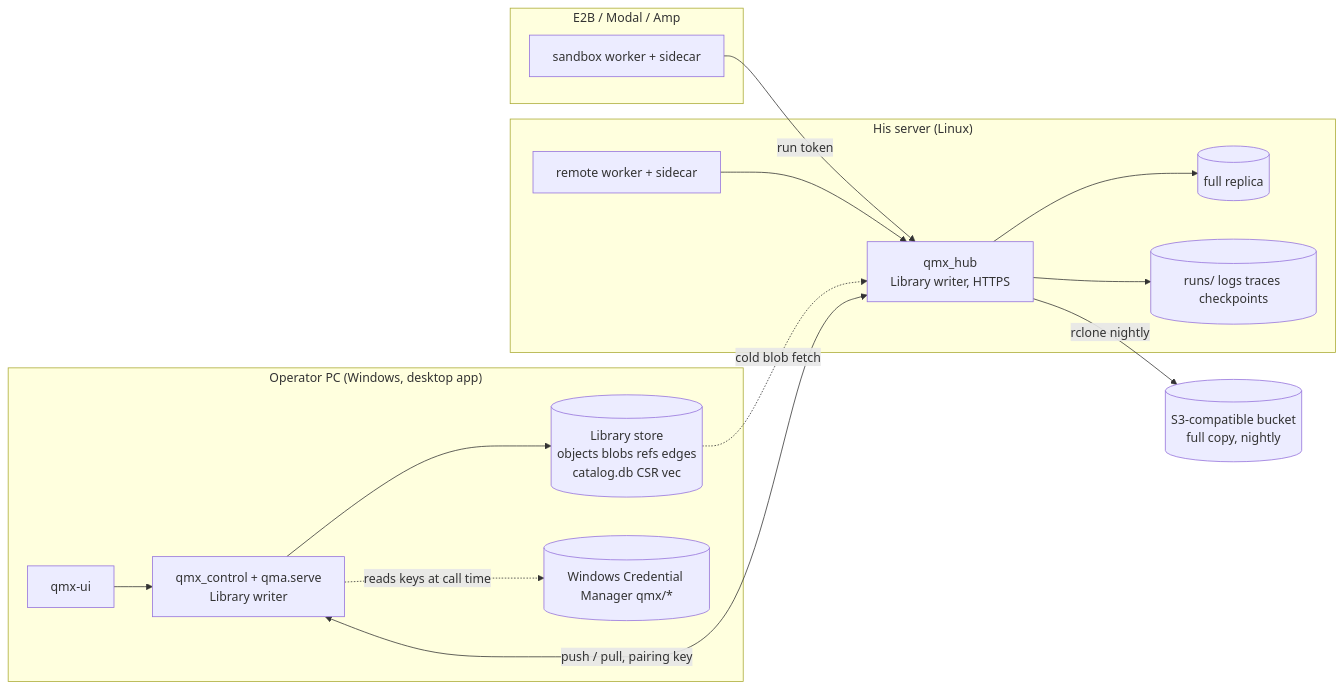
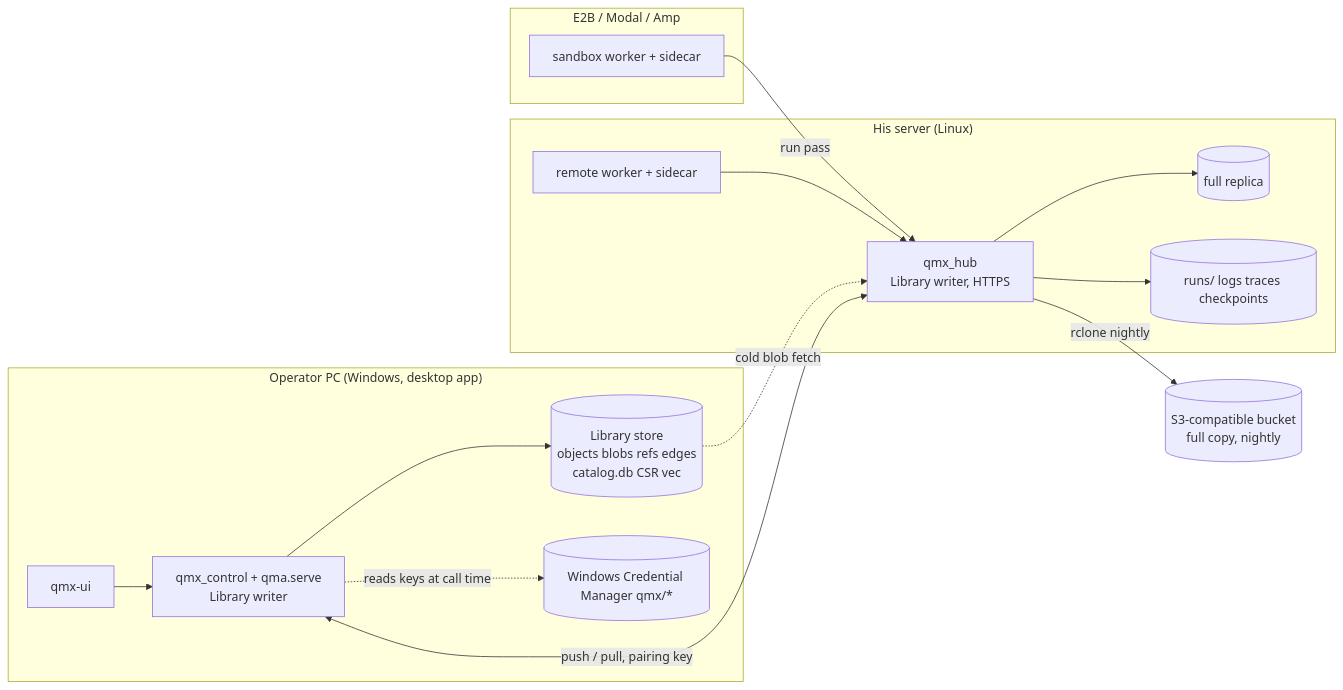
The second of 3 diagrams in tracker/qma-v2/architecture/library-and-data/ARCHITECTURE-SPINE.md (mubarakhimself-byte/QMX), drawn with Mermaid before and after one commit. The commit also changed other lines of this file and 162 other files, not shown here.

Commit message:
QMA v2 engine program: ENGINE-PLAN + PROMPT-ENGINE (20 PRs, check-plan 0), architectures amended via 27b/27c/27d, Wayfinder rewrite, drafts archived, rulings 1-88

````diff
--- a/tracker/qma-v2/architecture/library-and-data/ARCHITECTURE-SPINE.md
+++ b/tracker/qma-v2/architecture/library-and-data/ARCHITECTURE-SPINE.md
@@ -229,29 +232,29 @@
 ```mermaid
 graph LR
   subgraph PC["Operator PC (Windows, desktop app)"]
     UI[qmx-ui]
     CTRL[qmx_control + qma.serve<br/>Library writer]
     STORE1[(Library store<br/>objects blobs refs edges<br/>catalog.db CSR vec)]
     WCM[(Windows Credential Manager qmx/*)]
     CTRL --> STORE1
     UI --> CTRL
     CTRL -. reads keys at call time .-> WCM
   end
   subgraph SERVER["His server (Linux)"]
     HUB[qmx_hub<br/>Library writer, HTTPS]
     STORE2[(full replica)]
     RUNS[(runs/ logs traces checkpoints)]
     WORKER[remote worker + sidecar]
     HUB --> STORE2
     HUB --> RUNS
     WORKER --> HUB
   end
   subgraph CLOUD["E2B / Modal / Amp"]
     SB[sandbox worker + sidecar]
   end
   BUCKET[(S3-compatible bucket<br/>full copy, nightly)]
   CTRL <-->|push / pull, pairing key| HUB
-  SB -->|run token| HUB
+  SB -->|run pass| HUB
   HUB -->|rclone nightly| BUCKET
   STORE1 -. cold blob fetch .-> HUB
 ```
````
